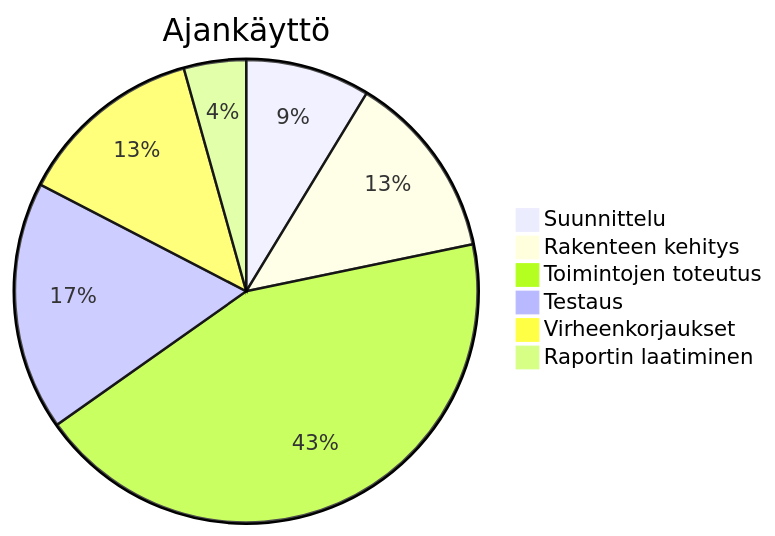
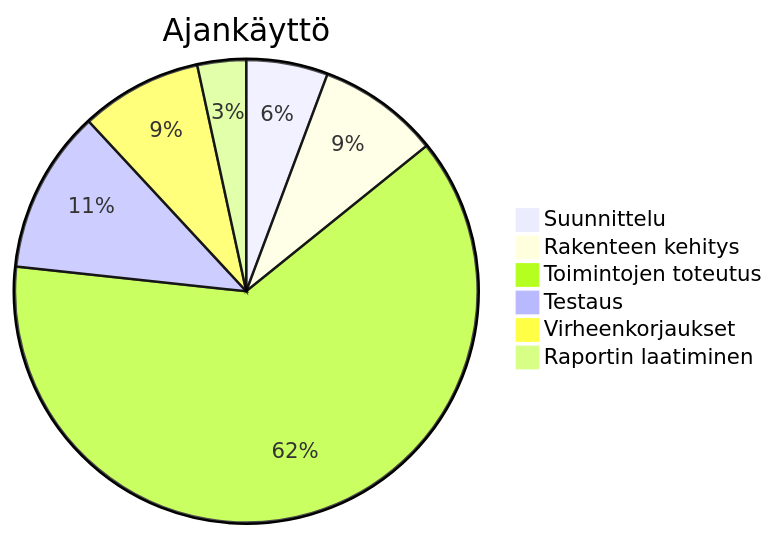
One commit to irensula/4langs-app changed the diagram in documents/LOPPURAPORTTI.md. Above: the diagram before and after it, drawn with Mermaid. The commit also changed other lines of this file and 8 other files, not shown here.

````diff
--- a/documents/LOPPURAPORTTI.md
+++ b/documents/LOPPURAPORTTI.md
@@ -16,9 +16,9 @@
 ```mermaid
 pie title Ajankäyttö
-    "Suunnittelu" : 10
-    "Rakenteen kehitys" : 15
-    "Toimintojen toteutus" : 50
-    "Testaus" : 20
-    "Virheenkorjaukset" : 15
-    "Raportin laatiminen" : 5
+    "Suunnittelu" : 5.7
+    "Rakenteen kehitys" : 8.5
+    "Toimintojen toteutus" : 62.5
+    "Testaus" : 11.4
+    "Virheenkorjaukset" : 8.5
+    "Raportin laatiminen" : 3.4
 ```
````
